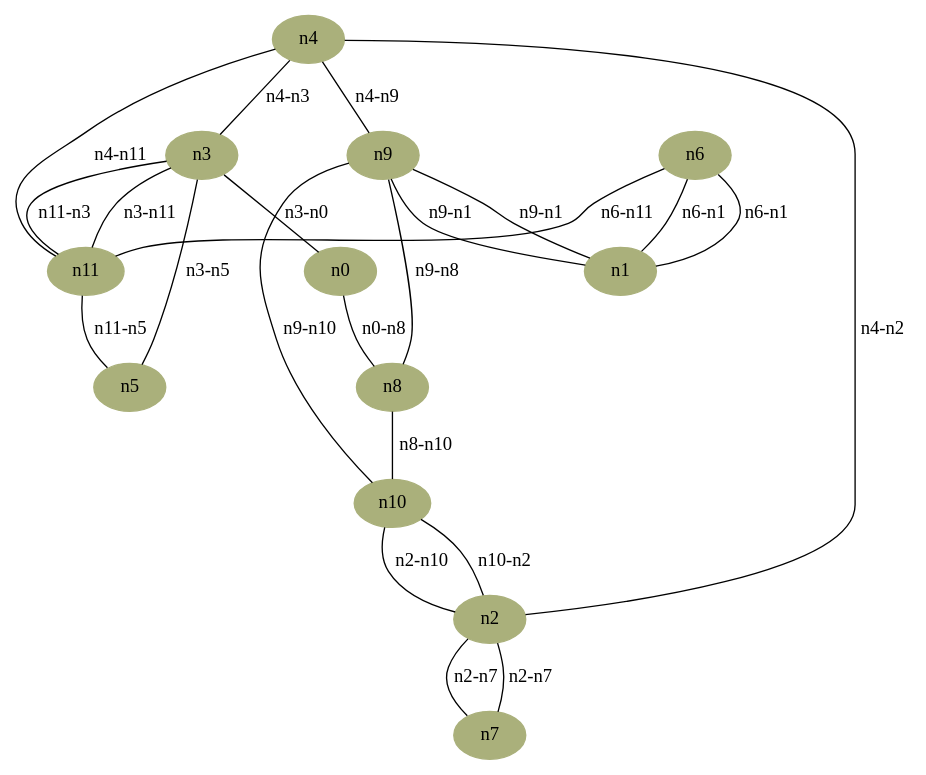
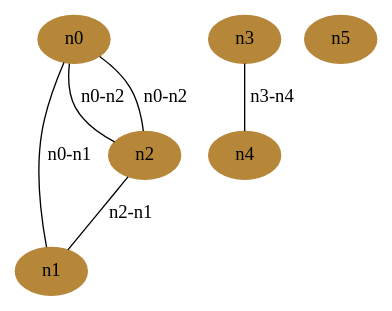
Before and after one commit to mLavacca/graph-creator: the diagram in exp_graphs/depGraph0.dot, drawn with Graphviz. The commit also changed 4 other files, not shown here.

Commit message:
exp-graphs added

```diff
--- a/exp_graphs/depGraph0.dot
+++ b/exp_graphs/depGraph0.dot
@@ -1,37 +1,14 @@
 graph{
-	node[style="filled", color="#AAB07B"]
-	0[label="cpuOffloading - request:157.07 - limit:294.01", label="n0"];
-	1[label="cpuOffloading - request:202.12 - limit:228.99", label="n1"];
-	2[label="cpuOffloading - request:57.26 - limit:364.95", label="n2"];
-	3[label="cpuOffloading - request:147.59 - limit:173.02", label="n3"];
-	4[label="cpuOffloading - request:81.65 - limit:223.56", label="n4"];
-	5[label="cpuOffloading - request:248.50 - limit:396.74", label="n5"];
-	6[label="cpuOffloading - request:53.05 - limit:66.58", label="n6"];
-	7[label="cpuOffloading - request:209.12 - limit:377.56", label="n7"];
-	8[label="cpuOffloading - request:54.89 - limit:303.71", label="n8"];
-	9[label="cpuOffloading - request:154.33 - limit:275.93", label="n9"];
-	10[label="cpuOffloading - request:96.42 - limit:240.85", label="n10"];
-	11[label="cpuOffloading - request:295.90 - limit:321.97", label="n11"];
-	6 -- 1[label="latency - value:15.53", label="n6-n1"];
-	9 -- 1[label="latency - value:12.59", label="n9-n1"];
-	2 -- 7[label="latency - value:24.58", label="n2-n7"];
-	9 -- 8[label="latency - value:19.74", label="n9-n8"];
-	4 -- 11[label="latency - value:23.81", label="n4-n11"];
-	9 -- 10[label="latency - value:26.16", label="n9-n10"];
-	8 -- 10[label="latency - value:28.37", label="n8-n10"];
-	11 -- 5[label="latency - value:14.32", label="n11-n5"];
-	0 -- 8[label="latency - value:26.04", label="n0-n8"];
-	6 -- 1[label="latency - value:29.69", label="n6-n1"];
-	4 -- 3[label="latency - value:21.82", label="n4-n3"];
-	3 -- 11[label="latency - value:27.55", label="n3-n11"];
-	2 -- 7[label="latency - value:13.28", label="n2-n7"];
-	10 -- 2[label="latency - value:23.56", label="n10-n2"];
-	6 -- 11[label="latency - value:15.63", label="n6-n11"];
-	4 -- 9[label="latency - value:10.46", label="n4-n9"];
-	9 -- 1[label="latency - value:19.95", label="n9-n1"];
-	3 -- 0[label="latency - value:23.69", label="n3-n0"];
-	11 -- 3[label="latency - value:23.64", label="n11-n3"];
-	2 -- 10[label="latency - value:17.02", label="n2-n10"];
-	4 -- 2[label="latency - value:24.27", label="n4-n2"];
-	3 -- 5[label="latency - value:22.89", label="n3-n5"];
+	node[style="filled", color="#B68639"]
+	0[label="cpuOffloading - request:124.39 - limit:389.48", label="n0"];
+	1[label="cpuOffloading - request:447.26 - limit:412.74", label="n1"];
+	2[label="cpuOffloading - request:251.01 - limit:388.02", label="n2"];
+	3[label="cpuOffloading - request:409.01 - limit:401.32", label="n3"];
+	4[label="cpuOffloading - request:393.97 - limit:396.77", label="n4"];
+	5[label="cpuOffloading - request:219.60 - limit:343.95", label="n5"];
+	2 -- 1[label="latency - value:41.61", label="n2-n1"];
+	3 -- 4[label="latency - value:48.53", label="n3-n4"];
+	0 -- 2[label="latency - value:26.93", label="n0-n2"];
+	0 -- 2[label="latency - value:46.02", label="n0-n2"];
+	0 -- 1[label="latency - value:61.42", label="n0-n1"];
 }
```
